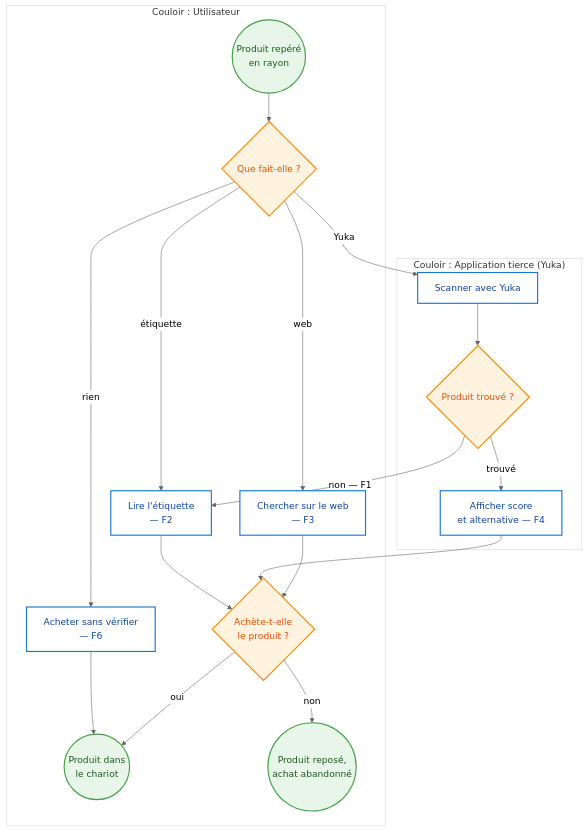
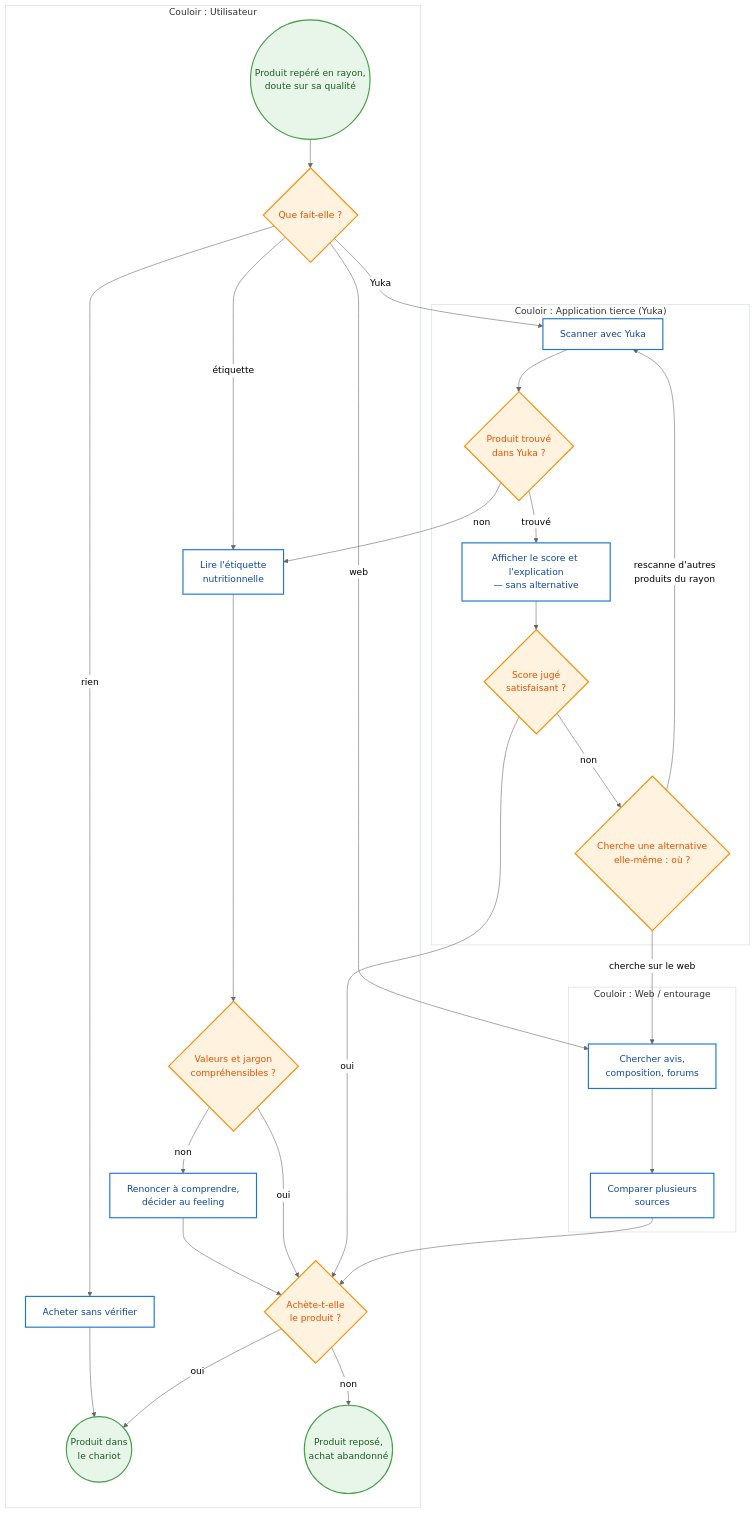
One commit to SDMM27/NutriScope changed the first of 2 diagrams in docs/cadrage/processus.md. Above: the diagram before and after it, drawn with Mermaid (neutral theme). The commit also changed other lines of this file and 2 other files, not shown here.

Commit message:
modif des diagrammes après review

````diff
--- a/docs/cadrage/processus.md
+++ b/docs/cadrage/processus.md
@@ -13,38 +13,57 @@
 ```mermaid
 flowchart TD
     subgraph LaneUser["Couloir : Utilisateur"]
-        Start(("Produit repéré<br/>en rayon"))
+        Start(("Produit repéré en rayon,<br/>doute sur sa qualité"))
         Decide{"Que fait-elle ?"}
-        ReadLabel["Lire l'étiquette<br/>— F2"]
-        WebSearch["Chercher sur le web<br/>— F3"]
-        NoCheck["Acheter sans vérifier<br/>— F6"]
+        ReadLabel["Lire l'étiquette<br/>nutritionnelle"]
+        Interpret{"Valeurs et jargon<br/>compréhensibles ?"}
+        GiveUp["Renoncer à comprendre,<br/>décider au feeling"]
+        NoCheck["Acheter sans vérifier"]
         FinalGw{"Achète-t-elle<br/>le produit ?"}
         EndBuy(("Produit dans<br/>le chariot"))
         EndNoBuy(("Produit reposé,<br/>achat abandonné"))
     end
 
     subgraph LaneYuka["Couloir : Application tierce (Yuka)"]
         ScanYuka["Scanner avec Yuka"]
-        FoundGw{"Produit trouvé ?"}
-        ShowScore["Afficher score<br/>et alternative — F4"]
+        FoundGw{"Produit trouvé<br/>dans Yuka ?"}
+        ShowScore["Afficher le score et l'explication<br/>— sans alternative"]
+        ScoreGw{"Score jugé<br/>satisfaisant ?"}
+        AltMethodGw{"Cherche une alternative<br/>elle-même : où ?"}
+    end
+
+    subgraph LaneWeb["Couloir : Web / entourage"]
+        WebSearch["Chercher avis,<br/>composition, forums"]
+        MultiTab["Comparer plusieurs<br/>sources"]
     end
 
     Start --> Decide
-    Decide -- "étiquette" --> ReadLabel --> FinalGw
+    Decide -- "étiquette" --> ReadLabel --> Interpret
+    Interpret -- "non" --> GiveUp --> FinalGw
+    Interpret -- "oui" --> FinalGw
+
     Decide -- "Yuka" --> ScanYuka --> FoundGw
-    FoundGw -- "non — F1" --> ReadLabel
-    FoundGw -- "trouvé" --> ShowScore --> FinalGw
-    Decide -- "web" --> WebSearch --> FinalGw
+    FoundGw -- "non" --> ReadLabel
+    FoundGw -- "trouvé" --> ShowScore --> ScoreGw
+    ScoreGw -- "oui" --> FinalGw
+    ScoreGw -- "non" --> AltMethodGw
+    AltMethodGw -- "rescanne d'autres<br/>produits du rayon" --> ScanYuka
+    AltMethodGw -- "cherche sur le web" --> WebSearch
+
+    Decide -- "web" --> WebSearch --> MultiTab --> FinalGw
+
     Decide -- "rien" --> NoCheck --> EndBuy
+
     FinalGw -- "oui" --> EndBuy
     FinalGw -- "non" --> EndNoBuy
 
     classDef evt fill:#e8f5e9,stroke:#43a047,stroke-width:2px,color:#1b5e20
     classDef act fill:#ffffff,stroke:#1976d2,stroke-width:2px,color:#0d47a1
     classDef gw fill:#fff3e0,stroke:#fb8c00,stroke-width:2px,color:#e65100
     class Start,EndBuy,EndNoBuy evt
-    class Decide,FoundGw,FinalGw gw
-    class ReadLabel,WebSearch,NoCheck,ScanYuka,ShowScore act
+    class Decide,FoundGw,FinalGw,Interpret,ScoreGw,AltMethodGw gw
+    class ReadLabel,GiveUp,WebSearch,MultiTab,NoCheck,ScanYuka,ShowScore act
     style LaneUser fill:#ffffff,stroke:#cfd8dc,stroke-width:1px
     style LaneYuka fill:#ffffff,stroke:#cfd8dc,stroke-width:1px
+    style LaneWeb fill:#ffffff,stroke:#cfd8dc,stroke-width:1px
 ```
````
